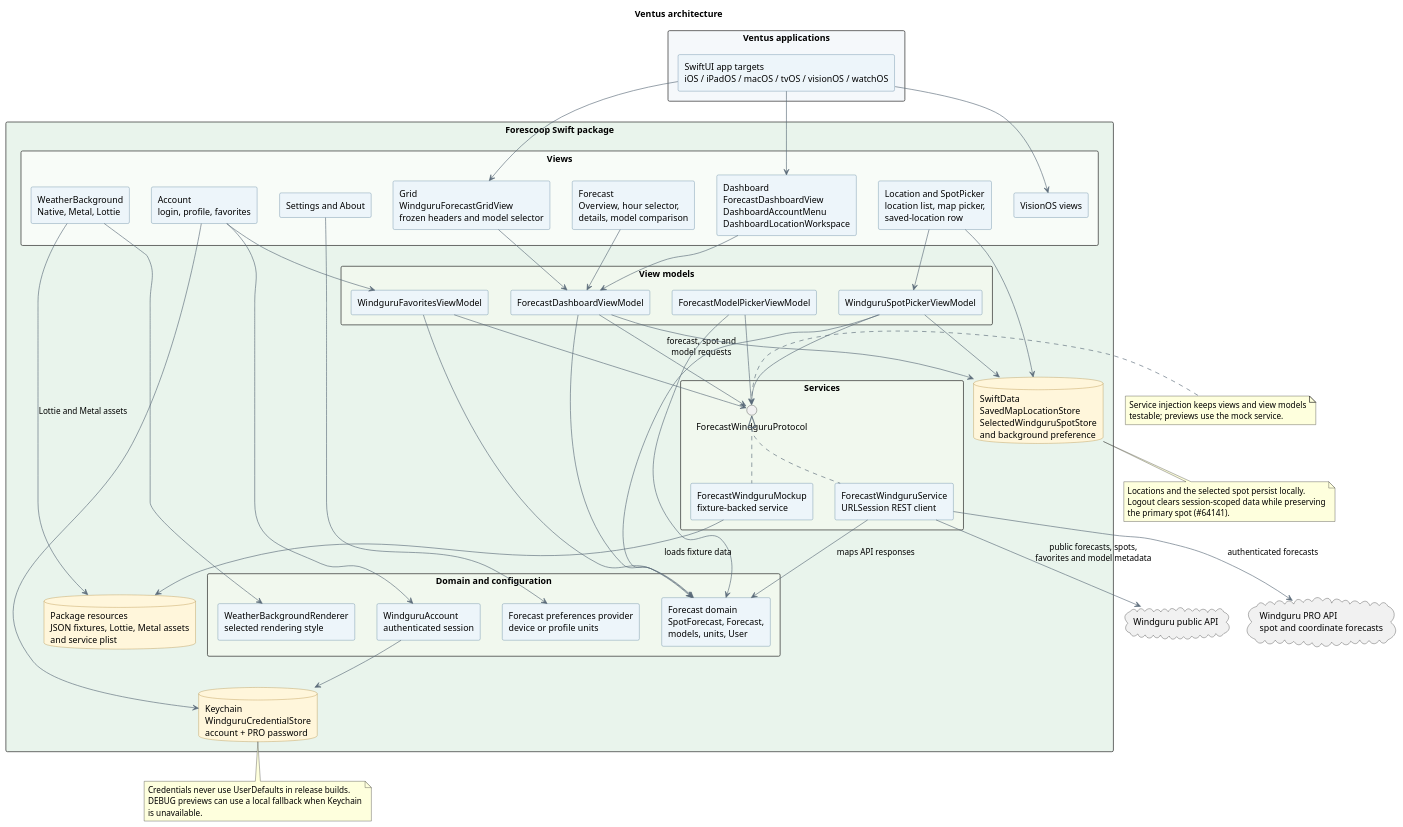
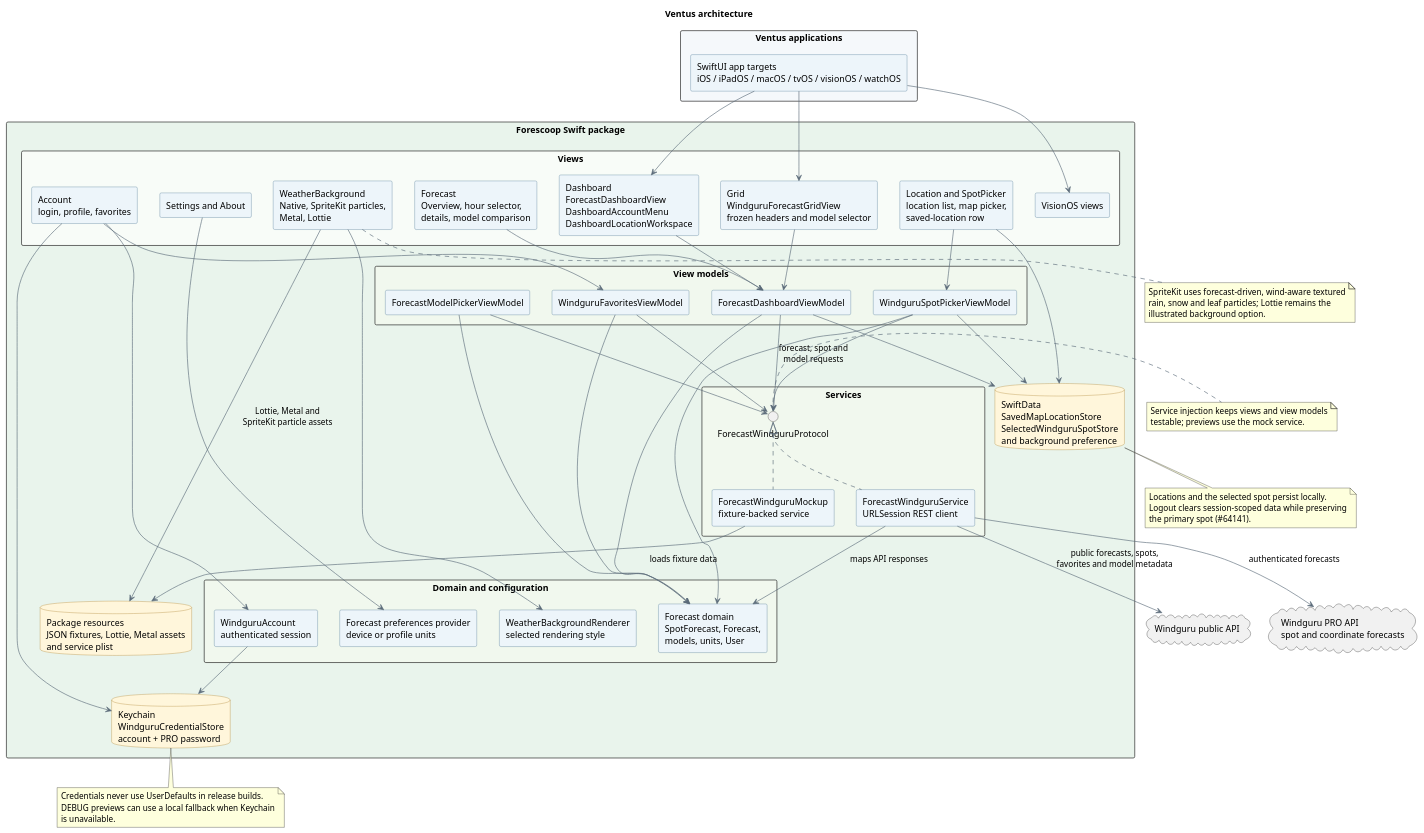
One commit to patagonia2019/forescoop changed the diagram in docs/architecture.puml. Above: the diagram before and after it, drawn with PlantUML. The commit also changed 4 other files, not shown here.

Commit message:
Adding SpriteKit weather bg

```diff
--- a/docs/architecture.puml
+++ b/docs/architecture.puml
@@ -1,115 +1,121 @@
 @startuml
 title Ventus architecture
 
 skinparam backgroundColor #FFFFFF
 skinparam shadowing false
 skinparam componentStyle rectangle
 skinparam defaultFontName Helvetica
 skinparam packageStyle rectangle
 skinparam ArrowColor #5B6B7A
 skinparam component {
   BackgroundColor #EDF5FA
   BorderColor #3D6B8A
 }
 skinparam database {
   BackgroundColor #FFF6DB
   BorderColor #A67820
 }
 
 package "Ventus applications" #F5F8FB {
   [SwiftUI app targets\niOS / iPadOS / macOS / tvOS / visionOS / watchOS] as apps
 }
 
 package "Forescoop Swift package" #E9F4EC {
   package "Views" #F8FCF8 {
     [Dashboard\nForecastDashboardView\nDashboardAccountMenu\nDashboardLocationWorkspace] as dashboard
     [Forecast\nOverview, hour selector,\ndetails, model comparison] as forecastViews
     [Grid\nWindguruForecastGridView\nfrozen headers and model selector] as grid
     [Location and SpotPicker\nlocation list, map picker,\nsaved-location row] as locationViews
     [Account\nlogin, profile, favorites] as accountViews
     [Settings and About] as settingsViews
-    [WeatherBackground\nNative, Metal, Lottie] as weatherViews
+    [WeatherBackground\nNative, SpriteKit particles,\nMetal, Lottie] as weatherViews
     [VisionOS views] as visionViews
   }
 
   package "View models" #F1F8EE {
     [ForecastDashboardViewModel] as dashboardVM
     [ForecastModelPickerViewModel] as modelPickerVM
     [WindguruSpotPickerViewModel] as spotPickerVM
     [WindguruFavoritesViewModel] as favoritesVM
   }
 
   package "Domain and configuration" #F1F8EE {
     [Forecast domain\nSpotForecast, Forecast,\nmodels, units, User] as domain
     [WindguruAccount\nauthenticated session] as account
     [Forecast preferences provider\ndevice or profile units] as preferences
     [WeatherBackgroundRenderer\nselected rendering style] as renderer
   }
 
   package "Services" #F1F8EE {
     interface "ForecastWindguruProtocol" as forecastProtocol
     [ForecastWindguruService\nURLSession REST client] as service
     [ForecastWindguruMockup\nfixture-backed service] as mock
   }
 
   database "SwiftData\nSavedMapLocationStore\nSelectedWindguruSpotStore\nand background preference" as swiftData
   database "Keychain\nWindguruCredentialStore\naccount + PRO password" as keychain
   database "Package resources\nJSON fixtures, Lottie, Metal assets\nand service plist" as resources
 }
 
 cloud "Windguru public API" as windguru
 cloud "Windguru PRO API\nspot and coordinate forecasts" as pro
 
 apps --> dashboard
 apps --> grid
 apps --> visionViews
 
 dashboard --> dashboardVM
 grid --> dashboardVM
 forecastViews --> dashboardVM
 locationViews --> spotPickerVM
 accountViews --> favoritesVM
 accountViews --> account
 settingsViews --> preferences
 weatherViews --> renderer
 
 dashboardVM --> forecastProtocol : forecast, spot and\nmodel requests
 modelPickerVM --> forecastProtocol
 spotPickerVM --> forecastProtocol
 favoritesVM --> forecastProtocol
 dashboardVM --> domain
 modelPickerVM --> domain
 spotPickerVM --> domain
 favoritesVM --> domain
 
 dashboardVM --> swiftData
 spotPickerVM --> swiftData
 locationViews --> swiftData
 account --> keychain
 accountViews --> keychain
 
 forecastProtocol <|.. service
 forecastProtocol <|.. mock
 service --> windguru : public forecasts, spots,\nfavorites and model metadata
 service --> pro : authenticated forecasts
 service --> domain : maps API responses
 mock --> resources : loads fixture data
-weatherViews --> resources : Lottie and Metal assets
+weatherViews --> resources : Lottie, Metal and\nSpriteKit particle assets
 
 note right of forecastProtocol
 Service injection keeps views and view models
 testable; previews use the mock service.
 end note
 
 note bottom of swiftData
 Locations and the selected spot persist locally.
 Logout clears session-scoped data while preserving
 the primary spot (#64141).
 end note
 
 note bottom of keychain
 Credentials never use UserDefaults in release builds.
 DEBUG previews can use a local fallback when Keychain
 is unavailable.
 end note
+
+note bottom of weatherViews
+SpriteKit uses forecast-driven, wind-aware textured
+rain, snow and leaf particles; Lottie remains the
+illustrated background option.
+end note
 @enduml
```
